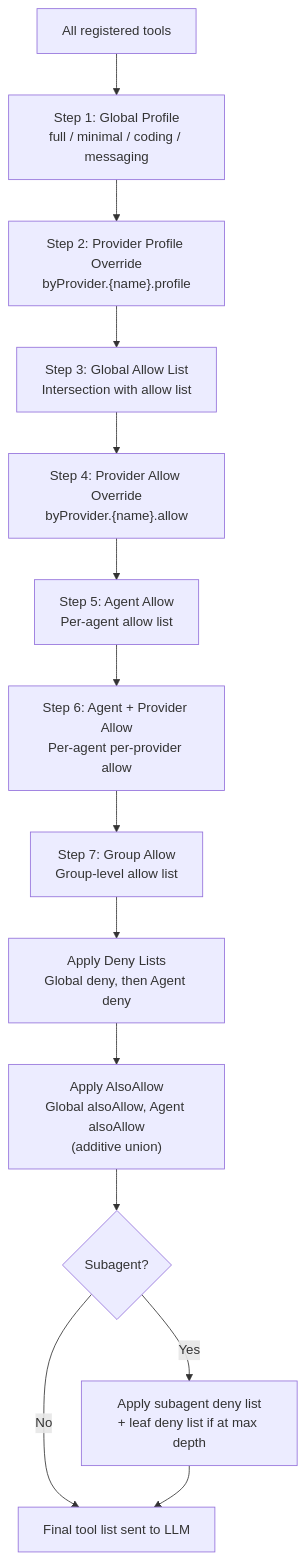
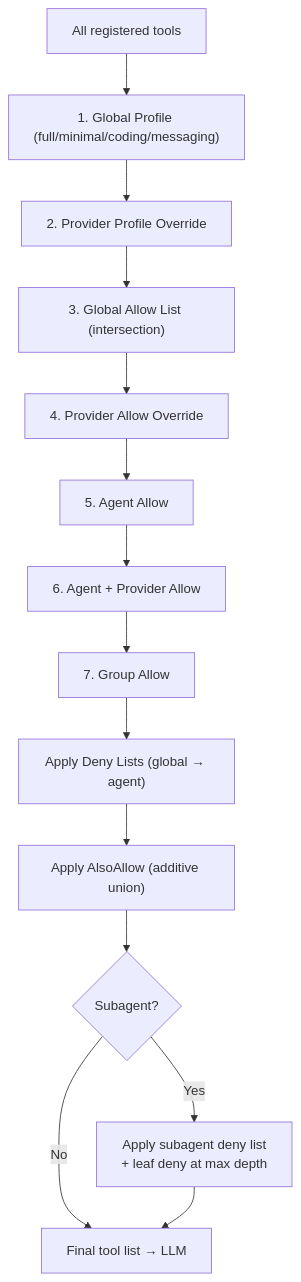
The third of 5 diagrams in docs/03-tools-system.md (qkhalk/goclaw), drawn with Mermaid before and after one commit. The commit also changed other lines of this file, not shown here.

````diff
--- a/docs/03-tools-system.md
+++ b/docs/03-tools-system.md
@@ -402,19 +285,17 @@
 ```mermaid
 flowchart TD
     ALL["All registered tools"] --> S1
-
-    S1["Step 1: Global Profile<br/>full / minimal / coding / messaging"] --> S2
-    S2["Step 2: Provider Profile Override<br/>byProvider.{name}.profile"] --> S3
-    S3["Step 3: Global Allow List<br/>Intersection with allow list"] --> S4
-    S4["Step 4: Provider Allow Override<br/>byProvider.{name}.allow"] --> S5
-    S5["Step 5: Agent Allow<br/>Per-agent allow list"] --> S6
-    S6["Step 6: Agent + Provider Allow<br/>Per-agent per-provider allow"] --> S7
-    S7["Step 7: Group Allow<br/>Group-level allow list"]
-
-    S7 --> DENY["Apply Deny Lists<br/>Global deny, then Agent deny"]
-    DENY --> ALSO["Apply AlsoAllow<br/>Global alsoAllow, Agent alsoAllow<br/>(additive union)"]
+    S1["1. Global Profile (full/minimal/coding/messaging)"] --> S2
+    S2["2. Provider Profile Override"] --> S3
+    S3["3. Global Allow List (intersection)"] --> S4
+    S4["4. Provider Allow Override"] --> S5
+    S5["5. Agent Allow"] --> S6
+    S6["6. Agent + Provider Allow"] --> S7
+    S7["7. Group Allow"]
+    S7 --> DENY["Apply Deny Lists (global → agent)"]
+    DENY --> ALSO["Apply AlsoAllow (additive union)"]
     ALSO --> SUB{"Subagent?"}
-    SUB -->|Yes| SUBDENY["Apply subagent deny list<br/>+ leaf deny list if at max depth"]
-    SUB -->|No| FINAL["Final tool list sent to LLM"]
+    SUB -->|Yes| SUBDENY["Apply subagent deny list<br/>+ leaf deny at max depth"]
+    SUB -->|No| FINAL["Final tool list → LLM"]
     SUBDENY --> FINAL
 ```
````
